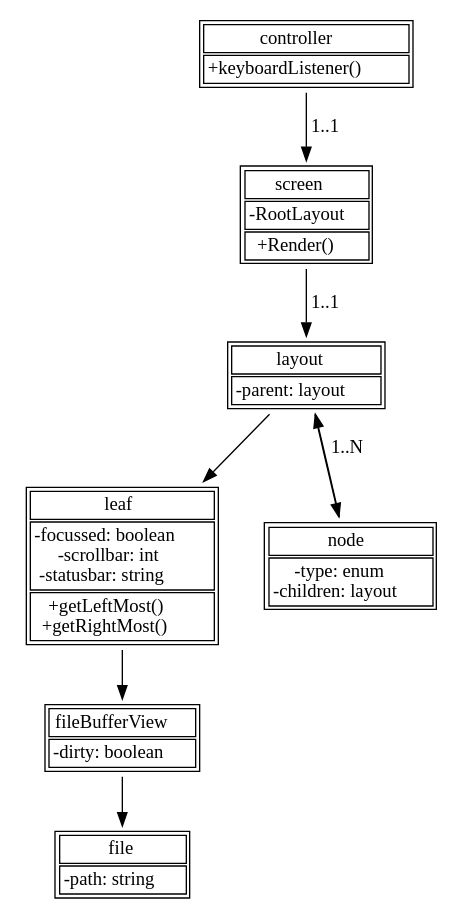
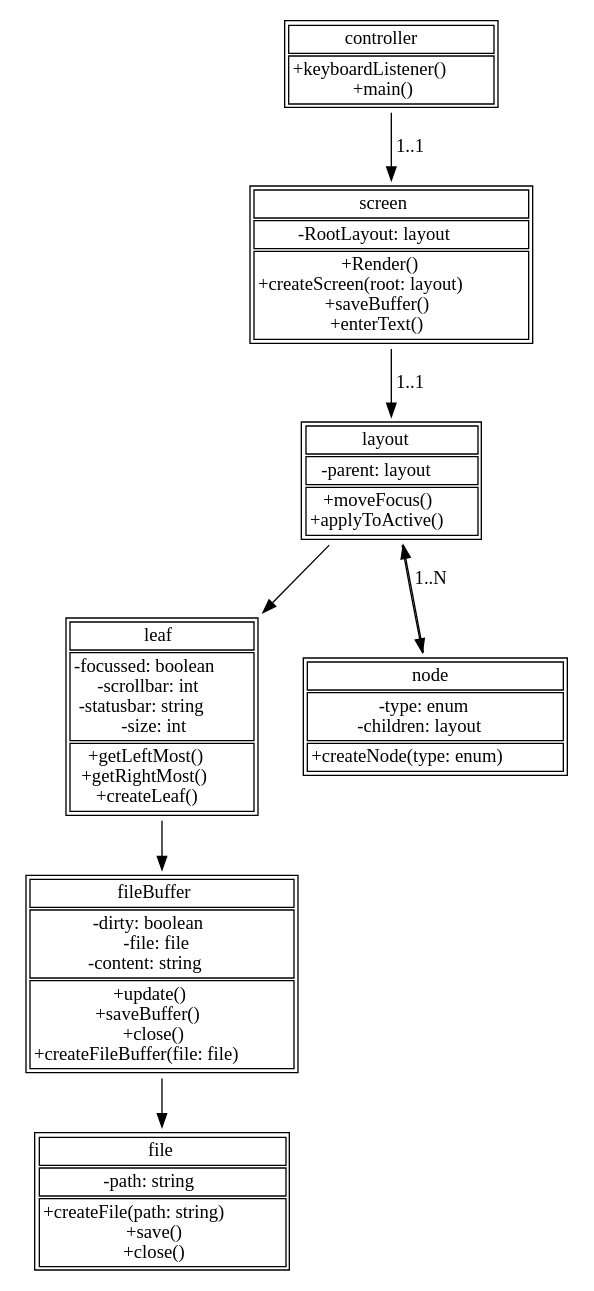
The diagram in uml/class.dot (mikolaj33300/swop_textr), drawn with Graphviz before and after one commit. The commit also changed 2 other files, not shown here.

Commit message:
add: creators for diagrams

```diff
--- a/uml/class.dot
+++ b/uml/class.dot
@@ -1,56 +1,81 @@
 /*
     u-> init -> c -> init -> s -> layout met eerste filebuffer (loop over filenames)
 */
 digraph{
     node[shape=none]
 
     screen [label=<<table><tr><td>screen</td></tr>
-	<tr><td>-RootLayout</td></tr>
-	<tr><td>+Render()</td></tr>
+	<tr><td>-RootLayout: layout</td></tr>
+	<tr><td>+Render()<br/>
+		+createScreen(root: layout)<br/>
+		+saveBuffer()<br/>
+		+enterText()</td></tr>
 	</table>>]
 
     controller [label=<<table>
 	<tr><td>controller</td></tr>
-	<tr><td>+keyboardListener()</td></tr>
+	<tr><td>+keyboardListener()<br/>
+		+main()</td></tr>
 	</table>>]
 
     lay [label=<<table>
 	<tr><td>layout</td></tr>
 	<tr><td>-parent: layout</td></tr>
+	<tr><td>+moveFocus()<br/>
+		+applyToActive()</td></tr>
 	</table>>]
 
     leaf [label=<<table>
 	<tr><td>leaf</td></tr>
 	<tr><td>-focussed: boolean<br/>
 		-scrollbar: int<br/>
-		-statusbar: string</td></tr>
+		-statusbar: string<br/>
+		-size: int</td></tr>
 	<tr><td>+getLeftMost()<br/>
-		+getRightMost()</td></tr>
+		+getRightMost()<br/>
+		+createLeaf()</td></tr>
 	</table>>]
 
     /*
 	no polymorphism since all other properties are the same
     */
     nd [label=<<table>
 	<tr><td>node</td></tr>
 	<tr><td>-type: enum<br/>
-		-children: layout
-		</td></tr>
+		-children: layout</td></tr>
+	<tr><td>+createNode(type: enum)</td></tr>
 	</table>>]
 
     fbview [label=<<table>
-	<tr><td>fileBufferView</td></tr>
+	<tr><td>fileBuffer</td></tr>
 	<tr><td>-dirty: boolean<br/>
+		-file: file<br/>
+		-content: string</td></tr>
+	<tr><td>+update()<br/>
+		+saveBuffer()<br/>
+		+close()<br/>
+		+createFileBuffer(file: file)</td></tr>
+	</table>>]
+	
+    /*
+    view [label=<<table>
+	<tr><td>view</td></tr>
+	<tr><td>+updateView()
 		</td></tr>
 	</table>>]
+	*/
+
 
     file [label=<<table>
 	<tr><td>file</td></tr>
 	<tr><td>-path: string</td></tr>
+	<tr><td>+createFile(path: string)<br/>
+		+save()<br/>
+		+close()</td></tr>
 	</table>>]
 
     controller -> screen -> lay[label="1..1"]
     lay -> {leaf, nd}
     leaf->fbview->file
     nd->lay[label="1..N"]
 }
```
